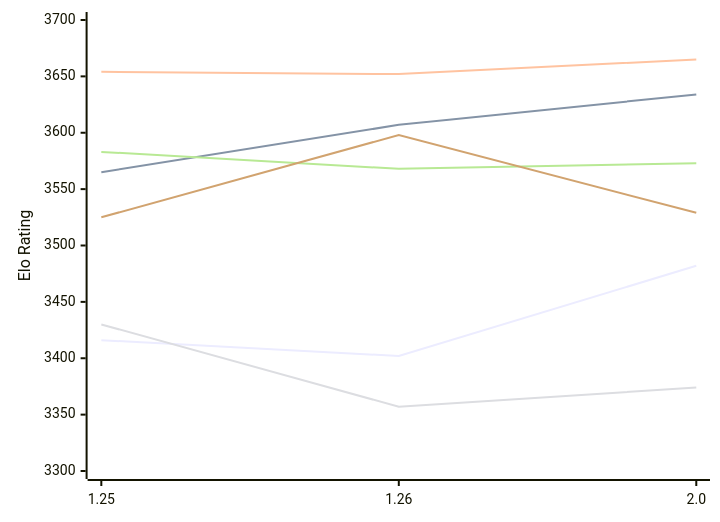
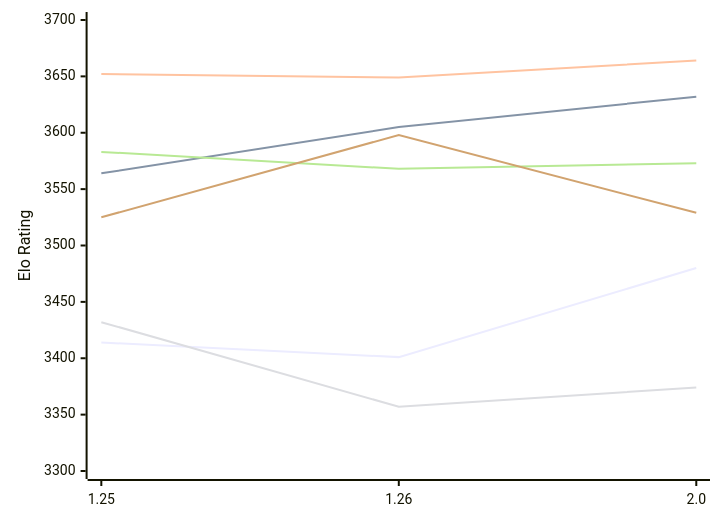
One commit to computer-chess-index/cci changed the first of 2 diagrams in engines/Caissa.md. Above: the diagram before and after it, drawn with Mermaid. The commit also changed other lines of this file, not shown here.

Commit message:
Update CCI Ratings (ELO VLTC) - 2026-11-28

````diff
--- a/engines/Caissa.md
+++ b/engines/Caissa.md
@@ -58,12 +58,12 @@
 ```mermaid
 %%{init: {"theme":"base","themeVariables":{"seriesColors:['#a3a3a3','#222221','#faa371']}}}%%
 xychart-beta
   x-axis ["1.25", "1.26", "2.0"]
   y-axis "Elo Rating" 3300 --> 3700
-  line "E1: STC (8.0+0.08s)" [3416, 3402, 3482]
-  line "E1: LTC (60.0+0.60s)" [3565, 3607, 3634]
-  line "E1: VLTC (2m24s+1.12s)" [3654, 3652, 3665]
-  line "P1: STC (8.0+0.08s)" [3430, 3357, 3374]
+  line "E1: STC (8.0+0.08s)" [3414, 3401, 3480]
+  line "E1: LTC (60.0+0.60s)" [3564, 3605, 3632]
+  line "E1: VLTC (2m24s+1.12s)" [3652, 3649, 3664]
+  line "P1: STC (8.0+0.08s)" [3432, 3357, 3374]
   line "P1: LTC (60.0+0.60s)" [3583, 3568, 3573]
   line "P1: VLTC (2m24s+1.12s)" [3525, 3598, 3529]
 ```
````
